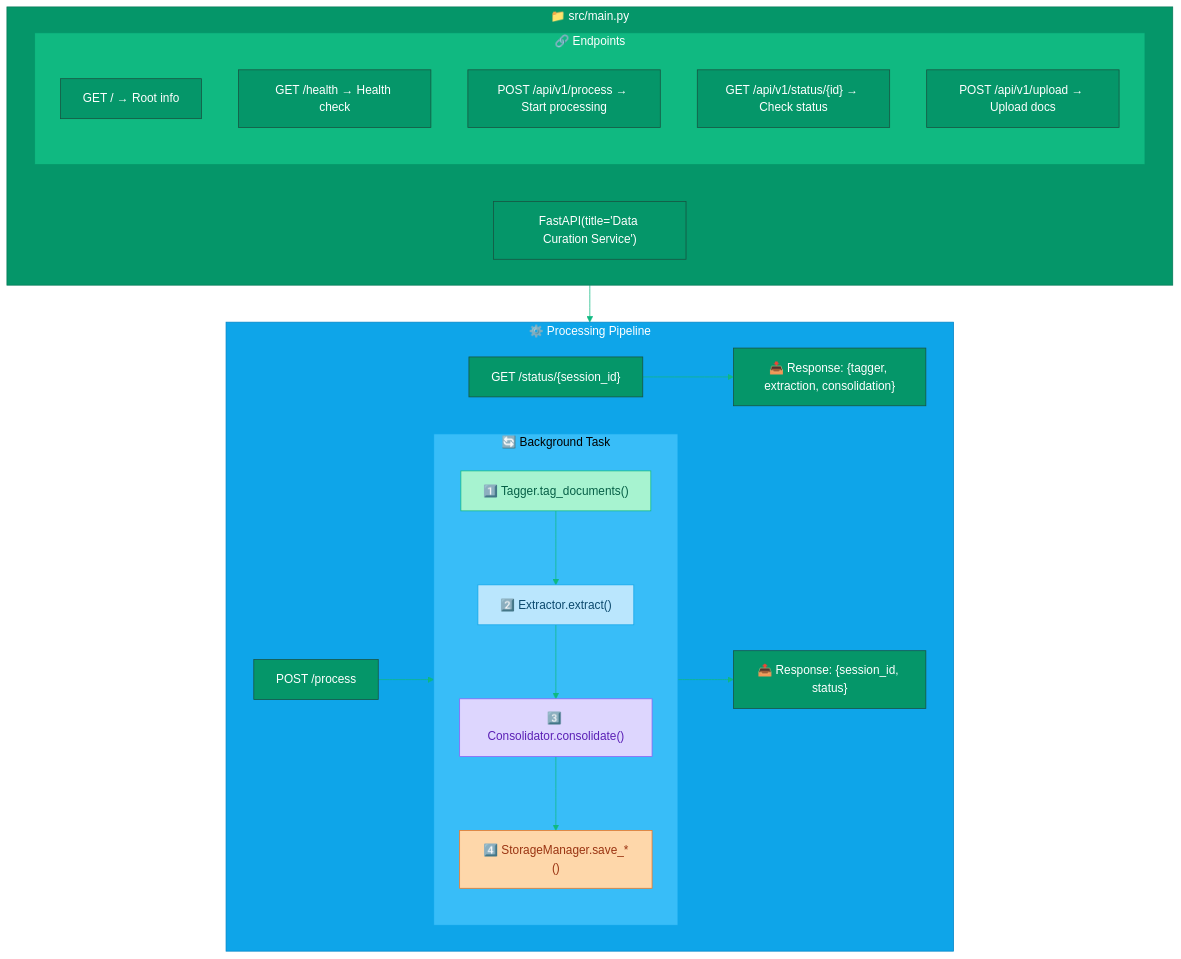
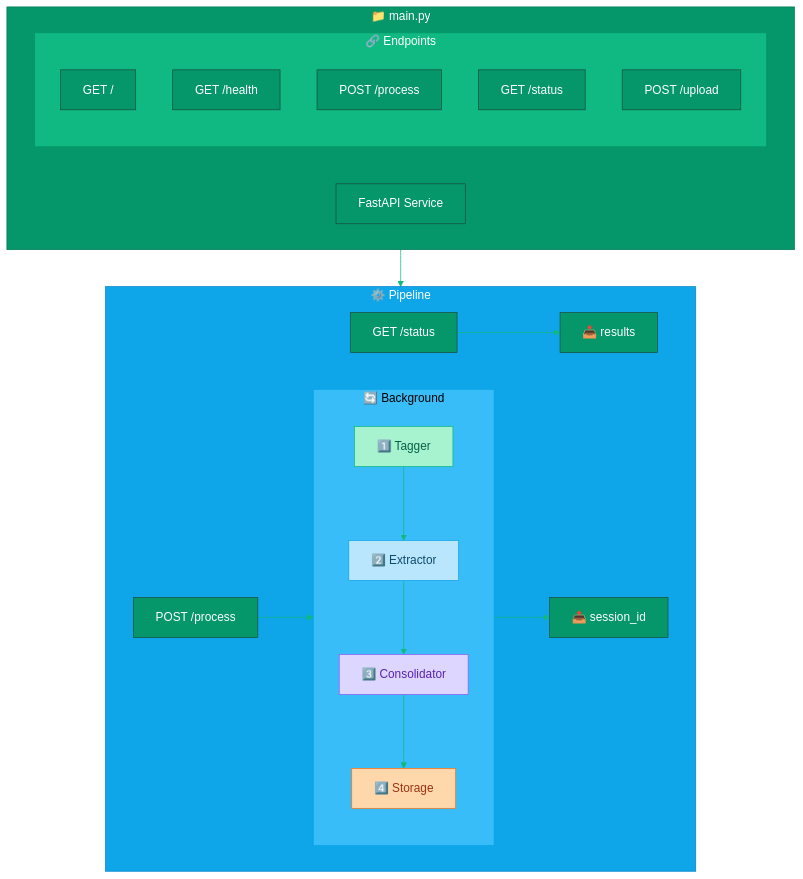
One commit to huseyincenik/john_snow_labs changed the seventh of 7 diagrams in data_curation/README.md. Above: the diagram before and after it, drawn with Mermaid. The commit also changed other lines of this file, not shown here.

Commit message:
fix: shorten Mermaid diagram labels to prevent text overflow

````diff
--- a/data_curation/README.md
+++ b/data_curation/README.md
@@ -1938,41 +1936,41 @@
 ```mermaid
 %%{init: {'theme': 'base', 'themeVariables': { 'primaryColor': '#059669', 'primaryTextColor': '#fff', 'lineColor': '#10B981'}}}%%
 flowchart TB
-    subgraph MAIN["📁 src/main.py"]
-        TITLE["FastAPI(title='Data Curation Service')"]
+    subgraph MAIN["📁 main.py"]
+        TITLE["FastAPI Service"]
         subgraph ENDPOINTS["🔗 Endpoints"]
-            E1["GET / → Root info"]
-            E2["GET /health → Health check"]
-            E3["POST /api/v1/process → Start processing"]
-            E4["GET /api/v1/status/{id} → Check status"]
-            E5["POST /api/v1/upload → Upload docs"]
+            E1["GET /"]
+            E2["GET /health"]
+            E3["POST /process"]
+            E4["GET /status"]
+            E5["POST /upload"]
         end
     end
 
-    subgraph PIPELINE["⚙️ Processing Pipeline"]
+    subgraph PIPELINE["⚙️ Pipeline"]
         POST["POST /process"]
-        subgraph BACKGROUND["🔄 Background Task"]
-            T1["1️⃣ Tagger.tag_documents()"]
-            T2["2️⃣ Extractor.extract()"]
-            T3["3️⃣ Consolidator.consolidate()"]
-            T4["4️⃣ StorageManager.save_*()"]
+        subgraph BACKGROUND["🔄 Background"]
+            T1["1️⃣ Tagger"]
+            T2["2️⃣ Extractor"]
+            T3["3️⃣ Consolidator"]
+            T4["4️⃣ Storage"]
             T1 --> T2 --> T3 --> T4
         end
-        RESP1["📤 Response: {session_id, status}"]
-        STATUS["GET /status/{session_id}"]
-        RESP2["📥 Response: {tagger, extraction, consolidation}"]
+        RESP1["📤 session_id"]
+        STATUS["GET /status"]
+        RESP2["📥 results"]
         POST --> BACKGROUND --> RESP1
         STATUS --> RESP2
     end
 
     MAIN --> PIPELINE
 
     style MAIN fill:#059669,stroke:#047857,color:#fff
     style ENDPOINTS fill:#10B981,stroke:#059669,color:#fff
     style PIPELINE fill:#0EA5E9,stroke:#0284C7,color:#fff
     style BACKGROUND fill:#38BDF8,stroke:#0EA5E9,color:#000
     style T1 fill:#A7F3D0,stroke:#10B981,color:#065F46
     style T2 fill:#BAE6FD,stroke:#0EA5E9,color:#0C4A6E
     style T3 fill:#DDD6FE,stroke:#8B5CF6,color:#5B21B6
     style T4 fill:#FED7AA,stroke:#F97316,color:#9A3412
 ```
````
